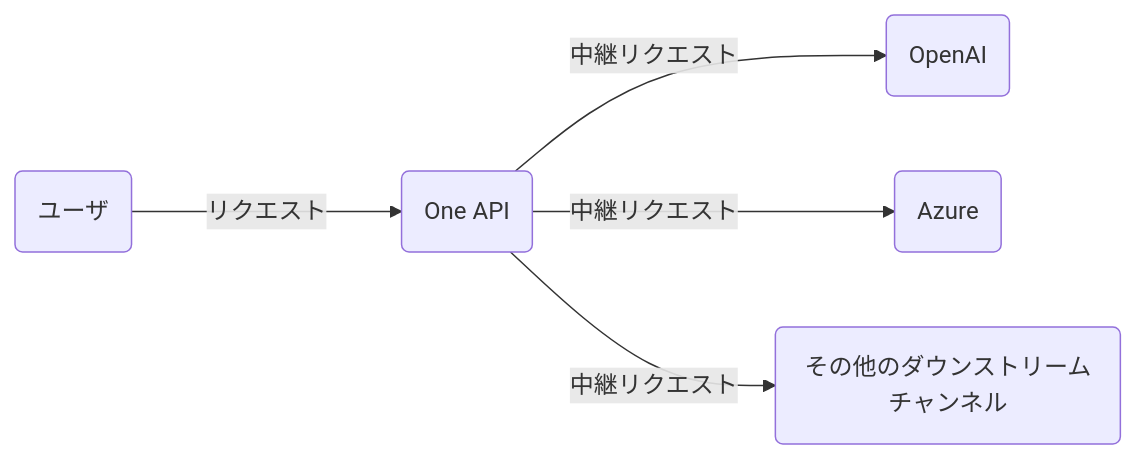
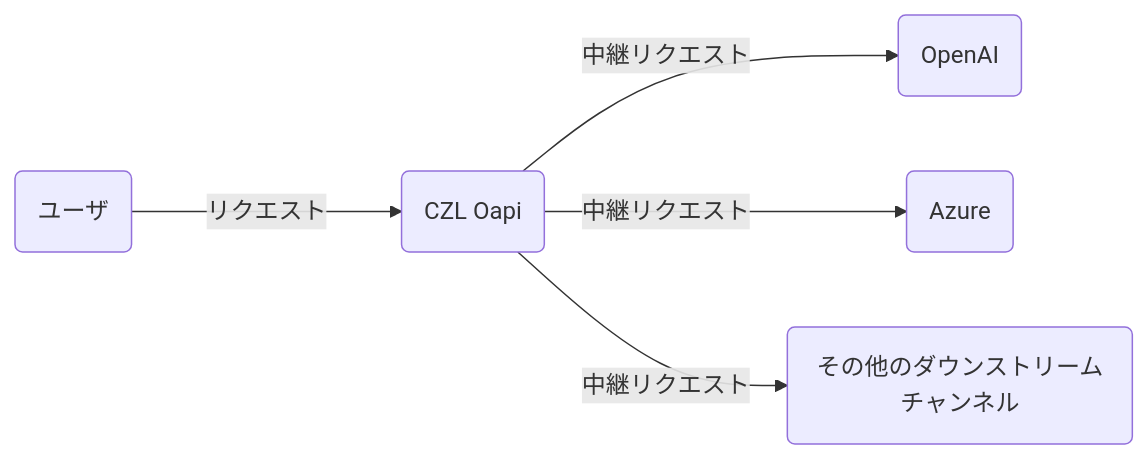
The diagram in README.ja.md (songquanpeng/one-api), drawn with Mermaid before and after one commit. The commit also changed other lines of this file and 31 other files, not shown here.

````diff
--- a/README.ja.md
+++ b/README.ja.md
@@ -222,8 +222,8 @@
 ```mermaid
 graph LR
     A(ユーザ)
-    A --->|リクエスト| B(One API)
+    A --->|リクエスト| B(CZL Oapi)
     B -->|中継リクエスト| C(OpenAI)
     B -->|中継リクエスト| D(Azure)
     B -->|中継リクエスト| E(その他のダウンストリームチャンネル)
 ```
````
